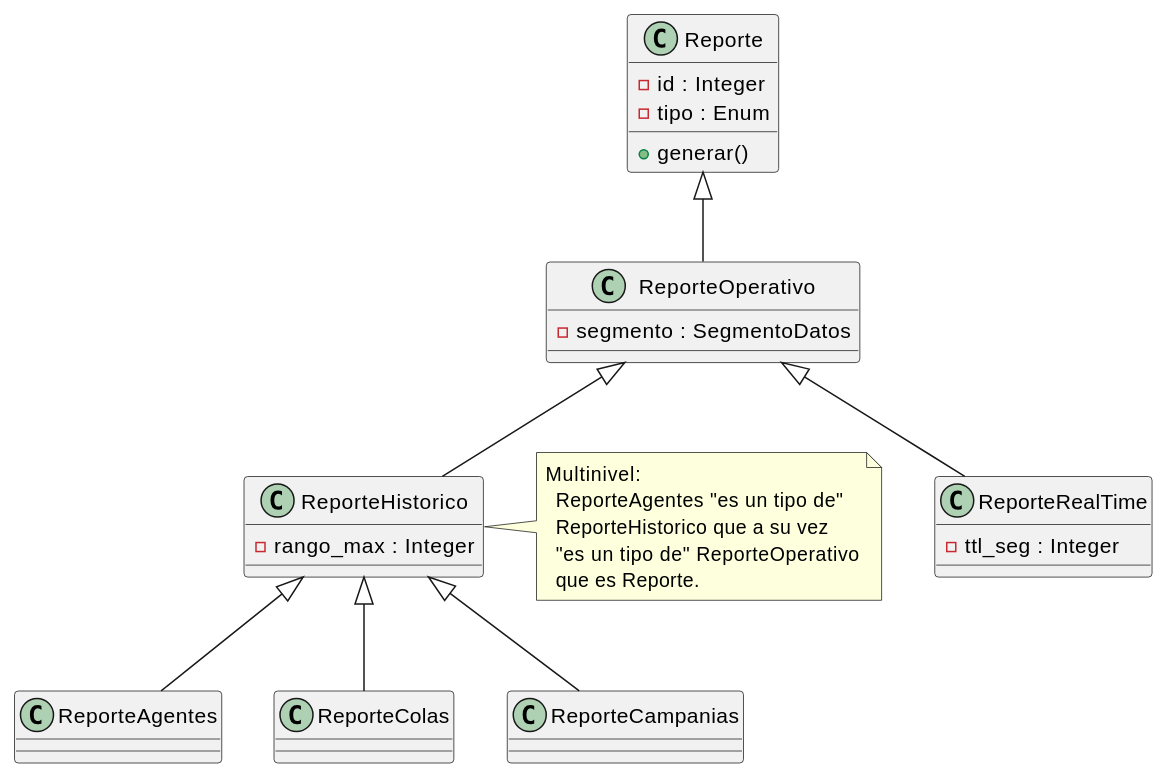
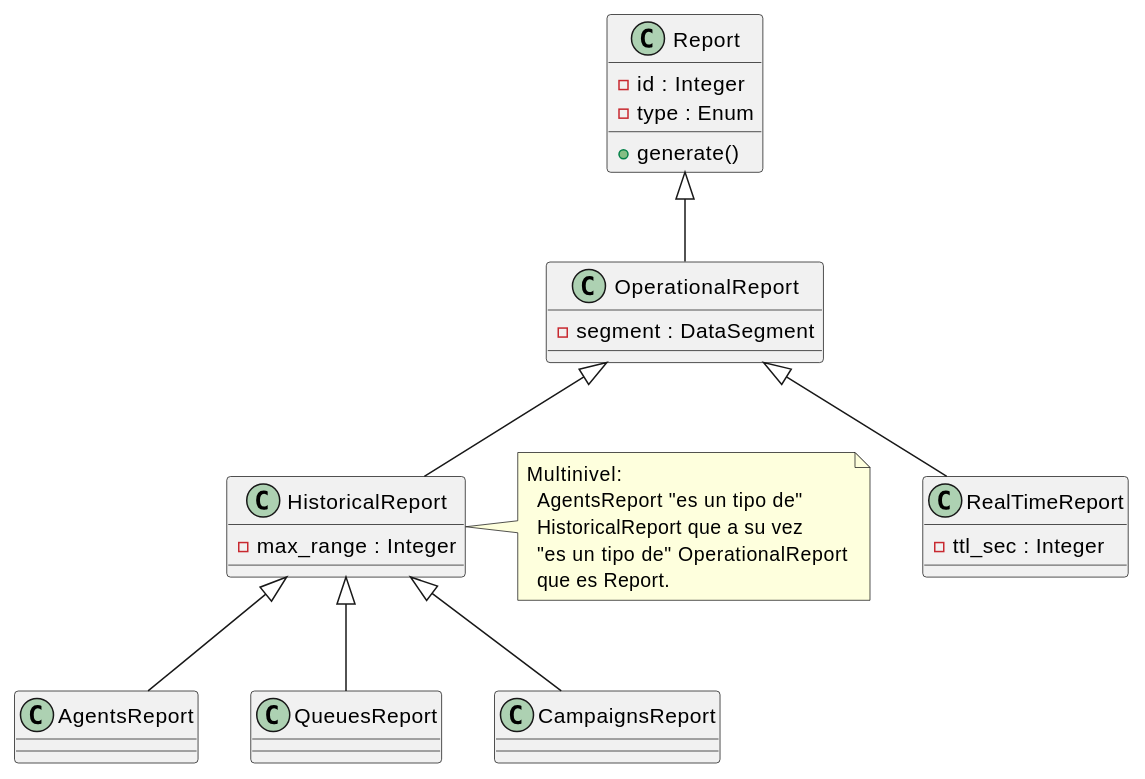
The diagram in source/requisitos/_metodologia-aplicacion/relaciones-uml/herencia-multinivel-reporte.rst (jcg-admin/IACT-docs), drawn with PlantUML before and after one commit. The commit also changed 19 other files, not shown here.

First line of the commit message:
Translate identifiers in B-C relaciones-uml/ (T-011..T-030)

```diff
--- a/source/requisitos/_metodologia-aplicacion/relaciones-uml/herencia-multinivel-reporte.rst
+++ b/source/requisitos/_metodologia-aplicacion/relaciones-uml/herencia-multinivel-reporte.rst
@@ -4,40 +4,40 @@
 .. uml::
 
    @startuml
 
-   class Reporte {
+   class Report {
      - id : Integer
-     - tipo : Enum
-     + generar()
+     - type : Enum
+     + generate()
    }
 
-   class ReporteOperativo {
-     - segmento : SegmentoDatos
+   class OperationalReport {
+     - segment : DataSegment
    }
 
-   class ReporteRealTime {
-     - ttl_seg : Integer
+   class RealTimeReport {
+     - ttl_sec : Integer
    }
 
-   class ReporteHistorico {
-     - rango_max : Integer
+   class HistoricalReport {
+     - max_range : Integer
    }
 
-   class ReporteAgentes
-   class ReporteColas
-   class ReporteCampanias
+   class AgentsReport
+   class QueuesReport
+   class CampaignsReport
 
-   Reporte <|-- ReporteOperativo
-   ReporteOperativo <|-- ReporteRealTime
-   ReporteOperativo <|-- ReporteHistorico
-   ReporteHistorico <|-- ReporteAgentes
-   ReporteHistorico <|-- ReporteColas
-   ReporteHistorico <|-- ReporteCampanias
-   note right of ReporteHistorico
+   Report <|-- OperationalReport
+   OperationalReport <|-- RealTimeReport
+   OperationalReport <|-- HistoricalReport
+   HistoricalReport <|-- AgentsReport
+   HistoricalReport <|-- QueuesReport
+   HistoricalReport <|-- CampaignsReport
+   note right of HistoricalReport
      Multinivel:
-       ReporteAgentes "es un tipo de"
-       ReporteHistorico que a su vez
-       "es un tipo de" ReporteOperativo
-       que es Reporte.
+       AgentsReport "es un tipo de"
+       HistoricalReport que a su vez
+       "es un tipo de" OperationalReport
+       que es Report.
    end note
    @enduml
```
